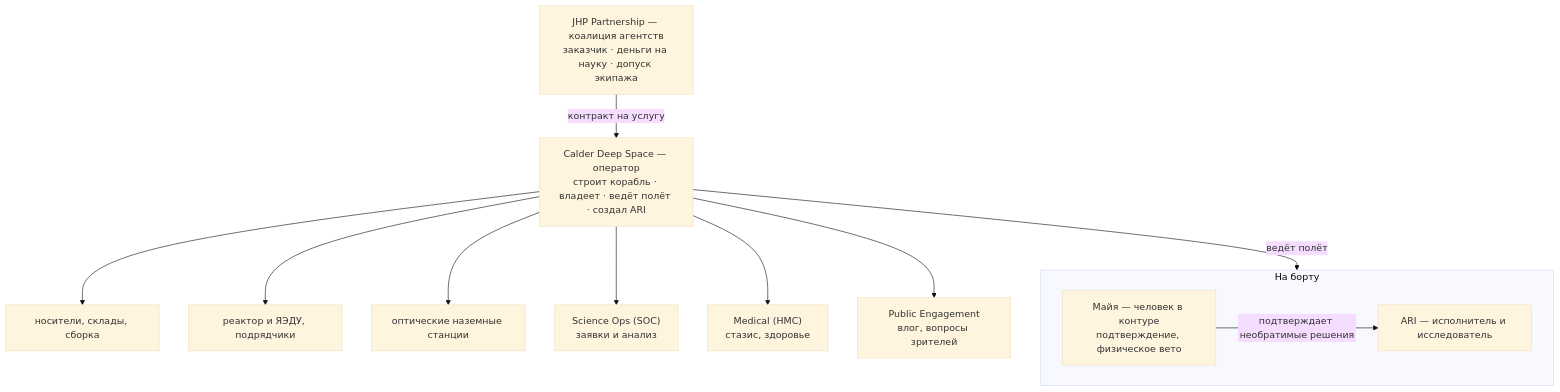
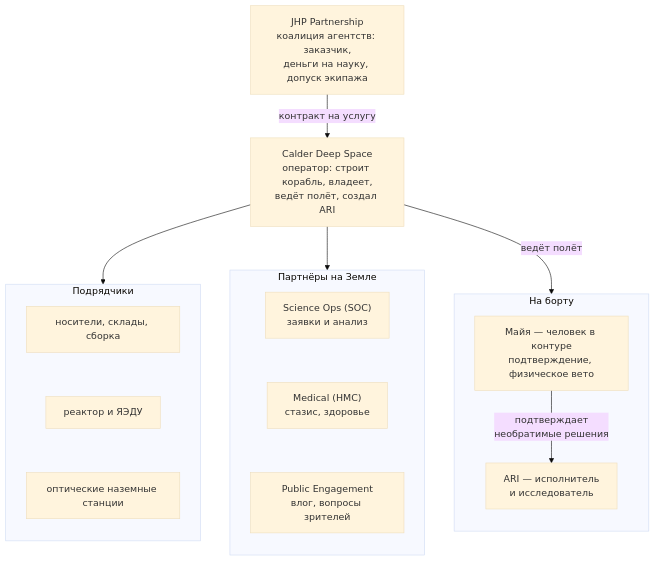
Before and after one commit to yunoshev/may-in-transit: the diagram in ru/10-world/organizations.md, drawn with Mermaid (base theme). The commit also changed 33 other files, not shown here.

Commit message:
Drawings open full size on click; compact organizations chart

````diff
--- a/ru/10-world/organizations.md
+++ b/ru/10-world/organizations.md
@@ -22,18 +22,21 @@
 ```mermaid
 flowchart TD
-  JHP["JHP Partnership — коалиция агентств<br/>заказчик · деньги на науку · допуск экипажа"]
-  CAL["Calder Deep Space — оператор<br/>строит корабль · владеет · ведёт полёт · создал ARI"]
+  JHP["JHP Partnership<br/>коалиция агентств: заказчик,<br/>деньги на науку, допуск экипажа"]
+  CAL["Calder Deep Space<br/>оператор: строит корабль, владеет,<br/>ведёт полёт, создал ARI"]
   JHP -- "контракт на услугу" --> CAL
-  CAL --> SUP1["носители, склады, сборка"]
-  CAL --> SUP2["реактор и ЯЭДУ, подрядчики"]
-  CAL --> SUP3["оптические наземные станции"]
-  CAL --> SOC["Science Ops (SOC)<br/>заявки и анализ"]
-  CAL --> HMC["Medical (HMC)<br/>стазис, здоровье"]
-  CAL --> PE["Public Engagement<br/>влог, вопросы зрителей"]
+  CAL --> SUP
+  CAL --> EARTH
   CAL -- "ведёт полёт" --> BOARD
+  subgraph SUP["Подрядчики"]
+    direction TB
+    S1["носители, склады, сборка"] ~~~ S2["реактор и ЯЭДУ"] ~~~ S3["оптические наземные станции"]
+  end
+  subgraph EARTH["Партнёры на Земле"]
+    direction TB
+    SOC["Science Ops (SOC)<br/>заявки и анализ"] ~~~ HMC["Medical (HMC)<br/>стазис, здоровье"] ~~~ PE["Public Engagement<br/>влог, вопросы зрителей"]
+  end
   subgraph BOARD["На борту"]
-    MAYA["Майя — человек в контуре<br/>подтверждение, физическое вето"]
-    ARI["ARI — исполнитель и исследователь"]
-    MAYA -- "подтверждает необратимые решения" --> ARI
+    direction TB
+    MAYA["Майя — человек в контуре<br/>подтверждение, физическое вето"] -- "подтверждает<br/>необратимые решения" --> ARI["ARI — исполнитель<br/>и исследователь"]
   end
 ```
````
